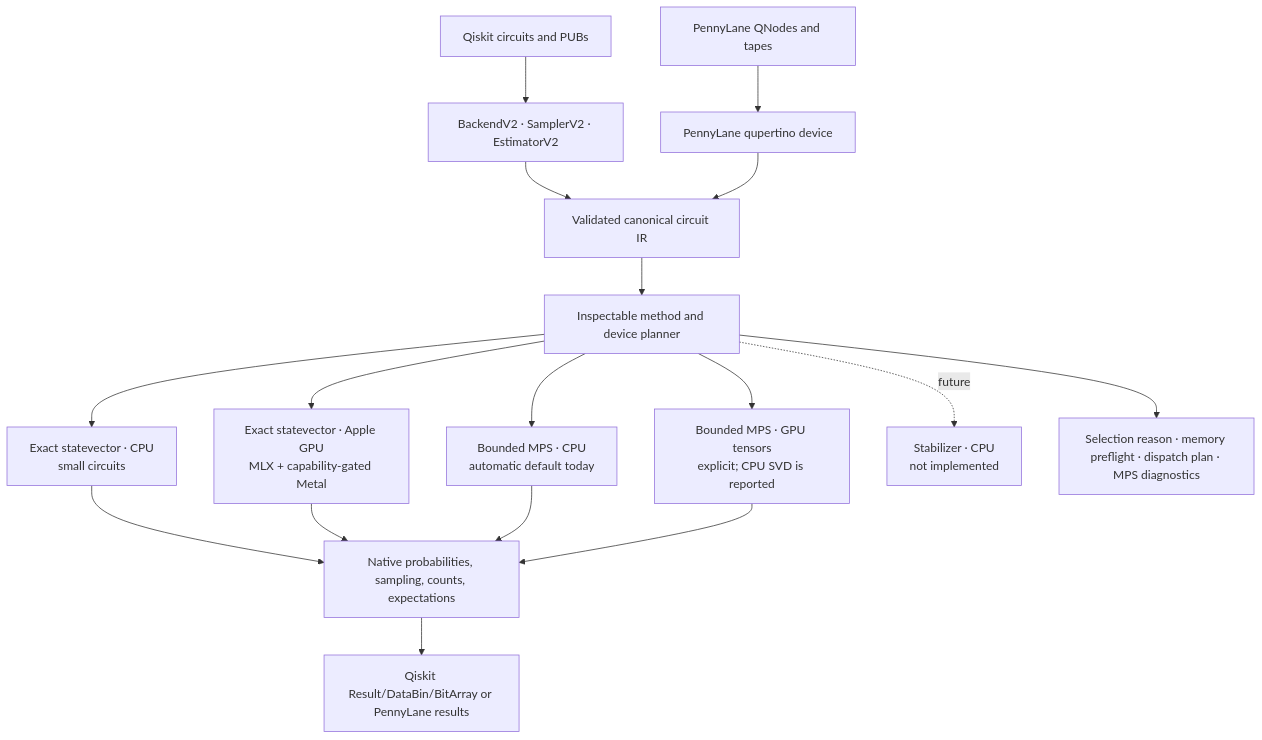
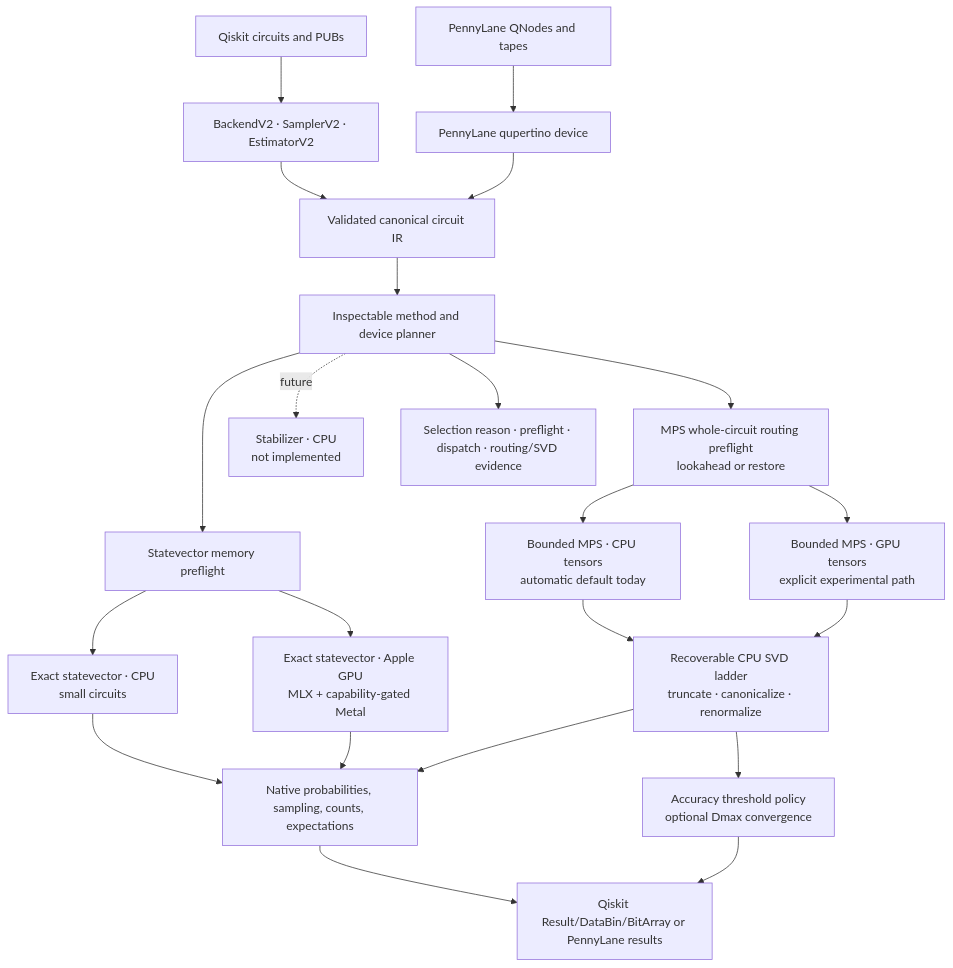
Before and after one commit to MonitSharma/MettleQ: the diagram in README.md, drawn with Mermaid. The commit also changed other lines of this file and 25 other files, not shown here.

Commit message:
Publish reliable MPS phase evidence

````diff
--- a/README.md
+++ b/README.md
@@ -261,21 +298,27 @@
 ```mermaid
 flowchart TB
     QISKIT["Qiskit circuits and PUBs"] --> QAPI["BackendV2 · SamplerV2 · EstimatorV2"]
     PL["PennyLane QNodes and tapes"] --> PAPI["PennyLane qupertino device"]
     QAPI --> IR["Validated canonical circuit IR"]
     PAPI --> IR
     IR --> PLAN["Inspectable method and device planner"]
 
-    PLAN --> SVCPU["Exact statevector · CPU<br/>small circuits"]
-    PLAN --> SVGPU["Exact statevector · Apple GPU<br/>MLX + capability-gated Metal"]
-    PLAN --> MPSCPU["Bounded MPS · CPU<br/>automatic default today"]
-    PLAN --> MPSGPU["Bounded MPS · GPU tensors<br/>explicit; CPU SVD is reported"]
+    PLAN --> SVSAFE["Statevector memory preflight"]
+    SVSAFE --> SVCPU["Exact statevector · CPU<br/>small circuits"]
+    SVSAFE --> SVGPU["Exact statevector · Apple GPU<br/>MLX + capability-gated Metal"]
+
+    PLAN --> ROUTE["MPS whole-circuit routing preflight<br/>lookahead or restore"]
+    ROUTE --> MPSCPU["Bounded MPS · CPU tensors<br/>automatic default today"]
+    ROUTE --> MPSGPU["Bounded MPS · GPU tensors<br/>explicit experimental path"]
+    MPSCPU --> SPLIT["Recoverable CPU SVD ladder<br/>truncate · canonicalize · renormalize"]
+    MPSGPU --> SPLIT
     PLAN -. future .-> STAB["Stabilizer · CPU<br/>not implemented"]
 
     SVCPU --> MEASURE["Native probabilities, sampling, counts, expectations"]
     SVGPU --> MEASURE
-    MPSCPU --> MEASURE
-    MPSGPU --> MEASURE
+    SPLIT --> MEASURE
     MEASURE --> RESULTS["Qiskit Result/DataBin/BitArray or PennyLane results"]
-    PLAN --> EVIDENCE["Selection reason · memory preflight · dispatch plan · MPS diagnostics"]
+    SPLIT --> TRUST["Accuracy threshold policy<br/>optional Dmax convergence"]
+    TRUST --> RESULTS
+    PLAN --> EVIDENCE["Selection reason · preflight · dispatch · routing/SVD evidence"]
 ```
````
